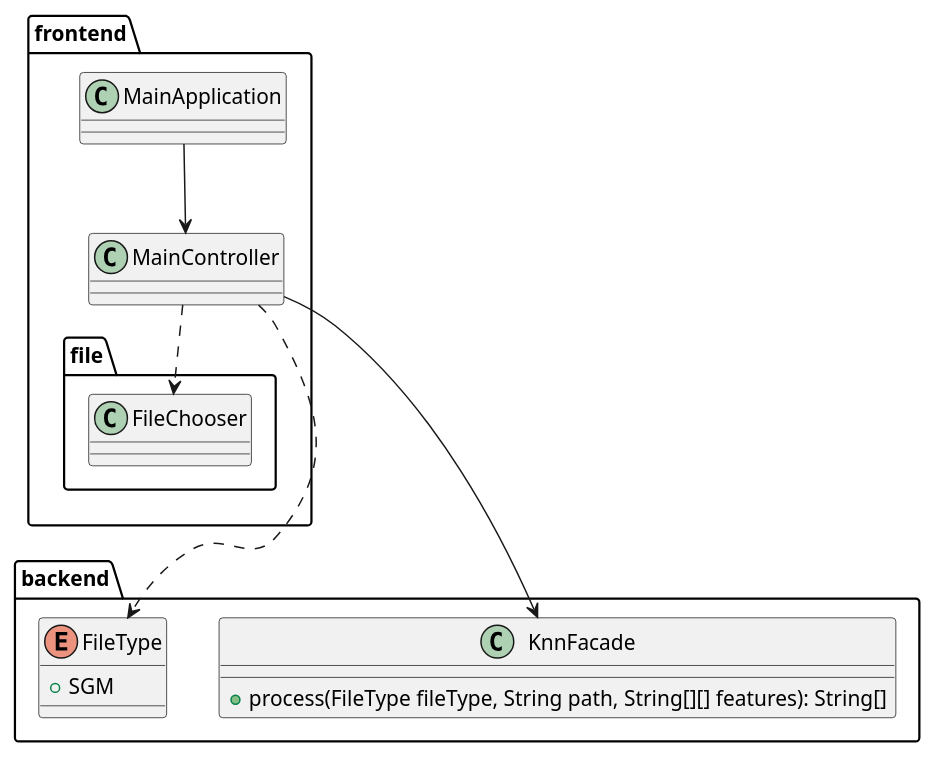
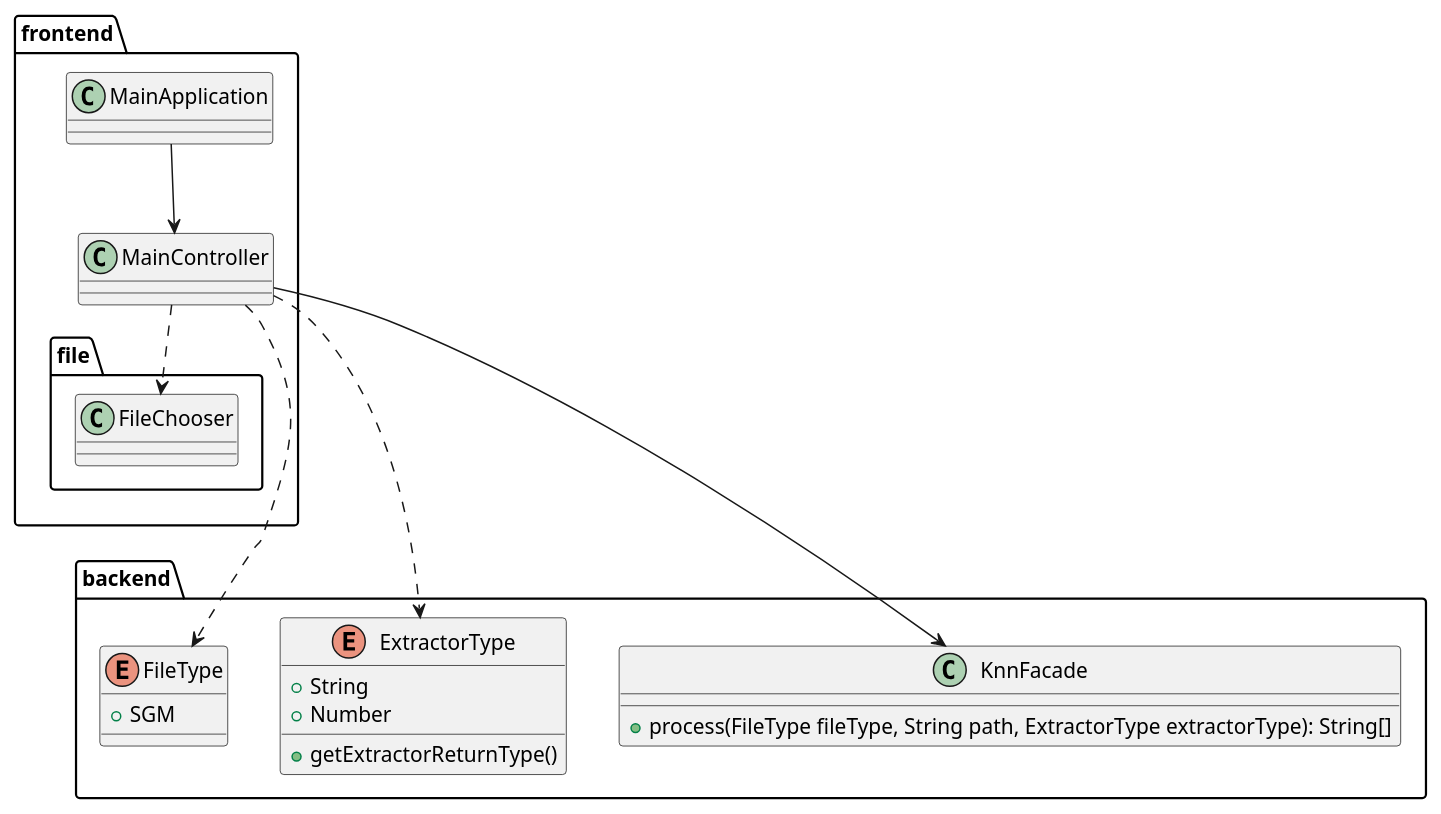
The first of 2 diagrams in README.md (kambed/Computer-Recognition-Systems), drawn with PlantUML before and after one commit. The commit also changed other lines of this file, not shown here.

Commit message:
Fix extractor

````diff
--- a/README.md
+++ b/README.md
@@ -3,21 +3,27 @@
 ```plantuml
 package frontend {
     class MainApplication
     class MainController
     package file {
         class FileChooser
     }
     MainController ..> FileChooser
     MainApplication --> MainController
 }
 package backend {
     enum FileType {
         + SGM
     }
+    enum ExtractorType {
+        + String
+        + Number
+        + getExtractorReturnType()
+    }
     class KnnFacade {
-        + process(FileType fileType, String path, String[][] features): String[]
+        + process(FileType fileType, String path, ExtractorType extractorType): String[]
     }
 }
 MainController ---> KnnFacade
 MainController ..> FileType
+MainController ..> ExtractorType
 ```
````
